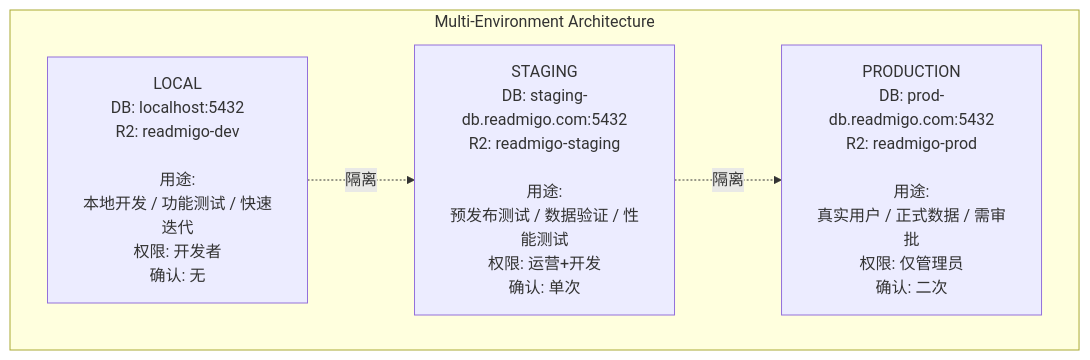
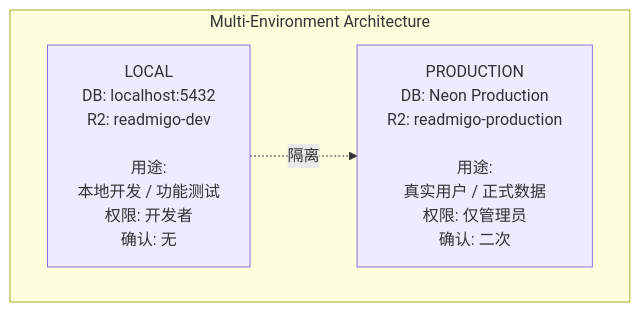
One commit to readmigo/docs changed the third of 5 diagrams in 10-pipeline/book-import-system.md. Above: the diagram before and after it, drawn with Mermaid. The commit also changed other lines of this file and 27 other files, not shown here.

First line of the commit message:
audit: remove code snippets, update to 2-env architecture across operations and pipeline docs

````diff
--- a/10-pipeline/book-import-system.md
+++ b/10-pipeline/book-import-system.md
@@ -112,11 +113,10 @@
 ```mermaid
 flowchart LR
     subgraph ENV["Multi-Environment Architecture"]
         direction LR
-        LOCAL["LOCAL<br>DB: localhost:5432<br>R2: readmigo-dev<br><br>用途:<br>本地开发 / 功能测试 / 快速迭代<br>权限: 开发者<br>确认: 无"]
-        STAGING["STAGING<br>DB: staging-db.readmigo.com:5432<br>R2: readmigo-staging<br><br>用途:<br>预发布测试 / 数据验证 / 性能测试<br>权限: 运营+开发<br>确认: 单次"]
-        PRODUCTION["PRODUCTION<br>DB: prod-db.readmigo.com:5432<br>R2: readmigo-prod<br><br>用途:<br>真实用户 / 正式数据 / 需审批<br>权限: 仅管理员<br>确认: 二次"]
+        LOCAL["LOCAL<br>DB: localhost:5432<br>R2: readmigo-dev<br><br>用途:<br>本地开发 / 功能测试<br>权限: 开发者<br>确认: 无"]
+        PRODUCTION["PRODUCTION<br>DB: Neon Production<br>R2: readmigo-production<br><br>用途:<br>真实用户 / 正式数据<br>权限: 仅管理员<br>确认: 二次"]
     end
 
-    LOCAL -.->|隔离| STAGING -.->|隔离| PRODUCTION
+    LOCAL -.->|隔离| PRODUCTION
 ```
````
